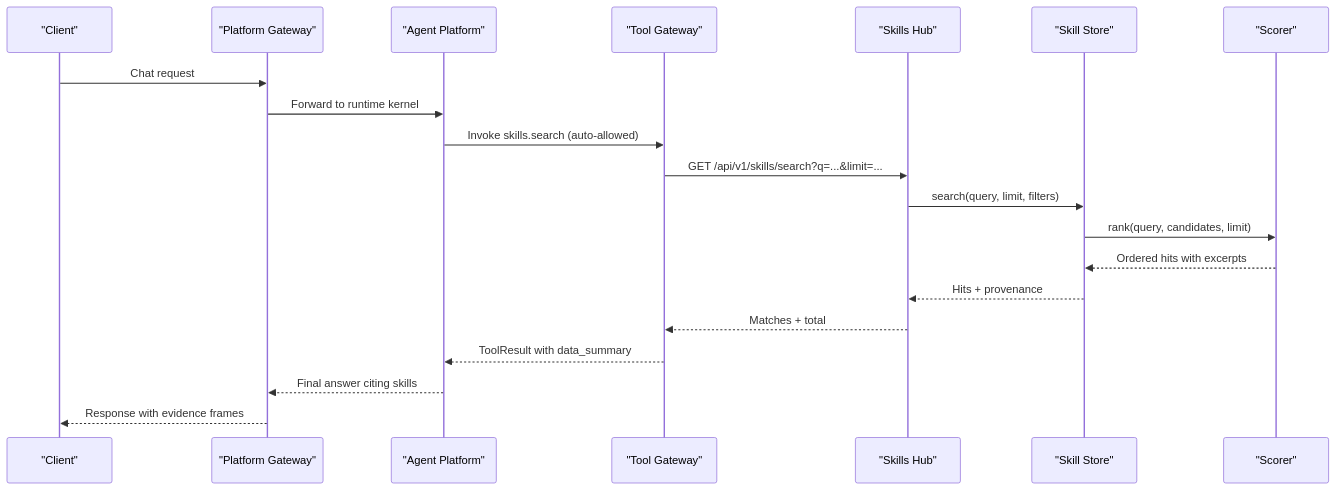
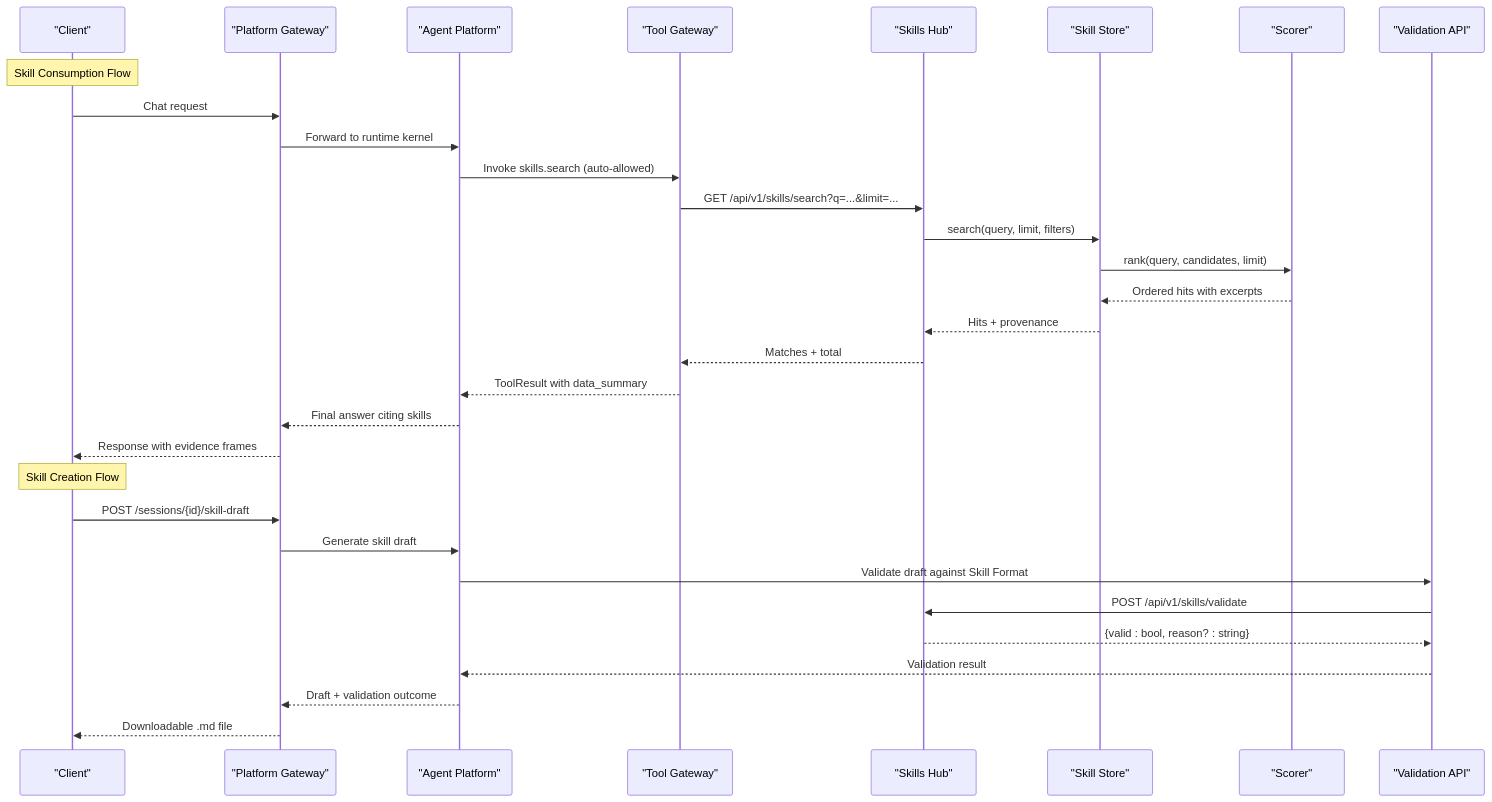
One commit to metasync/luban-aiops changed the second of 10 diagrams in .qoder/repowiki/en/content/Architecture Documentation/SPEC-014_ Skills and Grounded Guidance Specification.md. Above: the diagram before and after it, drawn with Mermaid. The commit also changed other lines of this file and 10 other files, not shown here.

````diff
--- a/.qoder/repowiki/en/content/Architecture Documentation/SPEC-014_ Skills and Grounded Guidance Specification.md
+++ b/.qoder/repowiki/en/content/Architecture Documentation/SPEC-014_ Skills and Grounded Guidance Specification.md
@@ -122,22 +156,33 @@
 ```mermaid
 sequenceDiagram
 participant Client as "Client"
 participant Gateway as "Platform Gateway"
 participant Agent as "Agent Platform"
 participant Tools as "Tool Gateway"
 participant Skills as "Skills Hub"
 participant Store as "Skill Store"
 participant Score as "Scorer"
+participant Validator as "Validation API"
+Note over Client : Skill Consumption Flow
 Client->>Gateway : Chat request
 Gateway->>Agent : Forward to runtime kernel
 Agent->>Tools : Invoke skills.search (auto-allowed)
 Tools->>Skills : GET /api/v1/skills/search?q=...&limit=...
 Skills->>Store : search(query, limit, filters)
 Store->>Score : rank(query, candidates, limit)
 Score-->>Store : Ordered hits with excerpts
 Store-->>Skills : Hits + provenance
 Skills-->>Tools : Matches + total
 Tools-->>Agent : ToolResult with data_summary
 Agent-->>Gateway : Final answer citing skills
 Gateway-->>Client : Response with evidence frames
+Note over Client : Skill Creation Flow
+Client->>Gateway : POST /sessions/{id}/skill-draft
+Gateway->>Agent : Generate skill draft
+Agent->>Validator : Validate draft against Skill Format
+Validator->>Skills : POST /api/v1/skills/validate
+Skills-->>Validator : {valid : bool, reason? : string}
+Validator-->>Agent : Validation result
+Agent-->>Gateway : Draft + validation outcome
+Gateway-->>Client : Downloadable .md file
 ```
````
